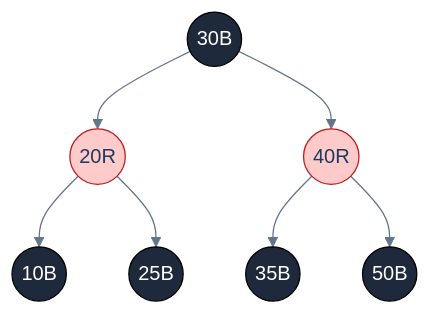
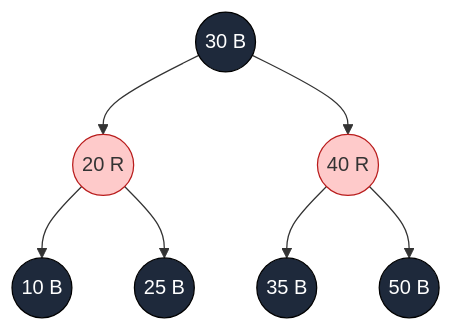
One commit to ani2fun/codefolio changed the diagram in content/cortex/data-structures-and-algorithms/03-trees/07-red-black-tree/01-introduction-to-red-black-trees.md. Above: the diagram before and after it, drawn with Mermaid. The commit also changed other lines of this file and 1049 other files, not shown here.

````diff
--- a/content/cortex/data-structures-and-algorithms/03-trees/07-red-black-tree/01-introduction-to-red-black-trees.md
+++ b/content/cortex/data-structures-and-algorithms/03-trees/07-red-black-tree/01-introduction-to-red-black-trees.md
@@ -46,34 +119,16 @@
 ```mermaid
----
-config:
-  theme: base
-  themeVariables:
-    primaryColor: "#dbeafe"
-    primaryBorderColor: "#3b82f6"
-    primaryTextColor: "#1e3a5f"
-    lineColor: "#64748b"
-    secondaryColor: "#ede9fe"
-    tertiaryColor: "#fef9c3"
----
 flowchart TB
-  R((30B))
-  L((20R))
-  RR((40R))
-  LL((10B))
-  LRR((25B))
-  RRL((35B))
-  RRR((50B))
-  R --> L
-  R --> RR
-  L --> LL
-  L --> LRR
-  RR --> RRL
-  RR --> RRR
+  R(("30 B")) --> L(("20 R"))
+  R --> RR(("40 R"))
+  L --> LL(("10 B"))
+  L --> LM(("25 B"))
+  RR --> RL(("35 B"))
+  RR --> RRr(("50 B"))
   style R fill:#1e293b,stroke:#000,color:#fff
+  style LL fill:#1e293b,stroke:#000,color:#fff
+  style LM fill:#1e293b,stroke:#000,color:#fff
+  style RL fill:#1e293b,stroke:#000,color:#fff
+  style RRr fill:#1e293b,stroke:#000,color:#fff
   style L fill:#fecaca,stroke:#b91c1c
   style RR fill:#fecaca,stroke:#b91c1c
-  style LL fill:#1e293b,stroke:#000,color:#fff
-  style LRR fill:#1e293b,stroke:#000,color:#fff
-  style RRL fill:#1e293b,stroke:#000,color:#fff
-  style RRR fill:#1e293b,stroke:#000,color:#fff
 ```
````
